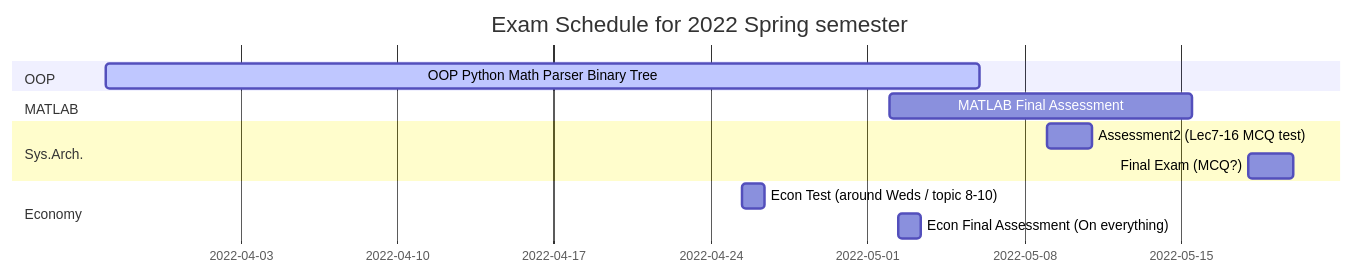
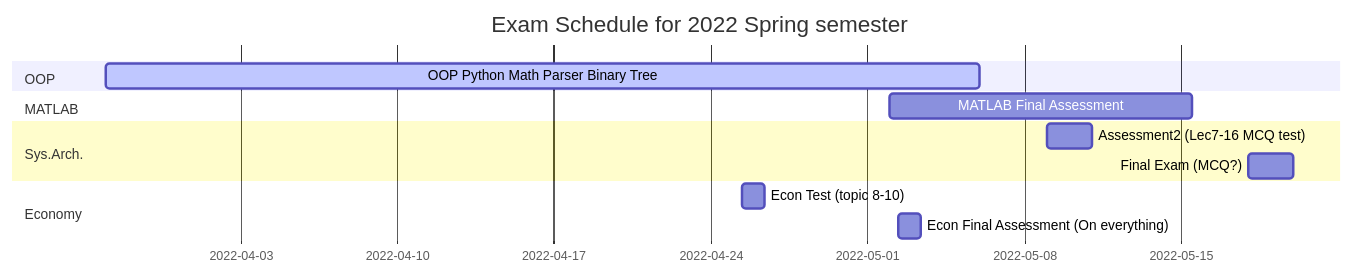
One commit to Ryohskay/Ryohskay changed the diagram in schedule/exam-schedule.md. Above: the diagram before and after it, drawn with Mermaid.

Commit message:
deleted incorrect annotation

````diff
--- a/schedule/exam-schedule.md
+++ b/schedule/exam-schedule.md
@@ -5,19 +5,19 @@
 ```mermaid
 gantt
 dateFormat DD-MM-YYYY-HH
 title Exam Schedule for 2022 Spring semester
 
 section OOP
 OOP Python Math Parser Binary Tree	:active, oop3, 28-03-2022-00,06-05-2022-00
 
 section MATLAB
 MATLAB Final Assessment		:	mafx, 02-05-2022-00,15-05-2022-12
 
 section Sys.Arch.
 Assessment2 (Lec7-16 MCQ test)	:	csatest, 09-05-2022-00,48h
 Final Exam (MCQ?)		:	csafx, 18-05-2022-00,48h
 
 section Economy
-Econ Test (around Weds / topic 8-10)	:	ec4, 25-04-2022-09,24h
+Econ Test (topic 8-10)	:	ec4, 25-04-2022-09,24h
 Econ Final Assessment (On everything):	ec5, 02-05-2022-09,24h
 ```
````
